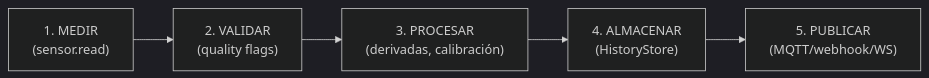
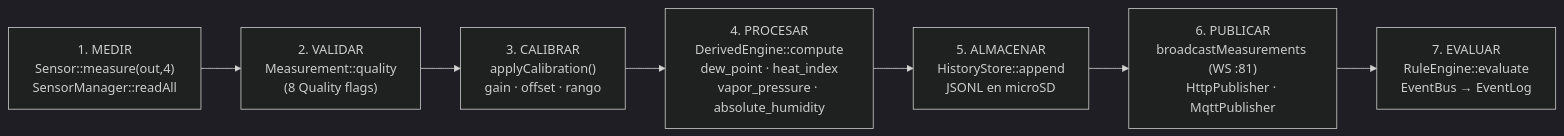
One commit to AlessandroKlein/Docs changed the second of 8 diagrams in docs/es/sema/Diagramas.md. Above: the diagram before and after it, drawn with Mermaid (dark theme). The commit also changed other lines of this file and 68 other files, not shown here.

````diff
--- a/docs/es/sema/Diagramas.md
+++ b/docs/es/sema/Diagramas.md
@@ -58,8 +93,10 @@
 ```mermaid
 flowchart LR
-    MEDIR["1. MEDIR<br/>(sensor.read)"] -->
-    VALIDAR["2. VALIDAR<br/>(quality flags)"] -->
-    PROCESAR["3. PROCESAR<br/>(derivadas, calibración)"] -->
-    ALMACENAR["4. ALMACENAR<br/>(HistoryStore)"] -->
-    PUBLICAR["5. PUBLICAR<br/>(MQTT/webhook/WS)"]
+    MEDIR["1. MEDIR<br/>Sensor::measure(out,4)<br/>SensorManager::readAll"] -->
+    VALIDAR["2. VALIDAR<br/>Measurement::quality<br/>(8 Quality flags)"] -->
+    CAL["3. CALIBRAR<br/>applyCalibration()<br/>gain · offset · rango"] -->
+    PROC["4. PROCESAR<br/>DerivedEngine::compute<br/>dew_point · heat_index<br/>vapor_pressure · absolute_humidity"] -->
+    ALM["5. ALMACENAR<br/>HistoryStore::append<br/>JSONL en microSD"] -->
+    PUB["6. PUBLICAR<br/>broadcastMeasurements (WS :81)<br/>HttpPublisher · MqttPublisher"] -->
+    RULES["7. EVALUAR<br/>RuleEngine::evaluate<br/>EventBus → EventLog"]
 ```
````
